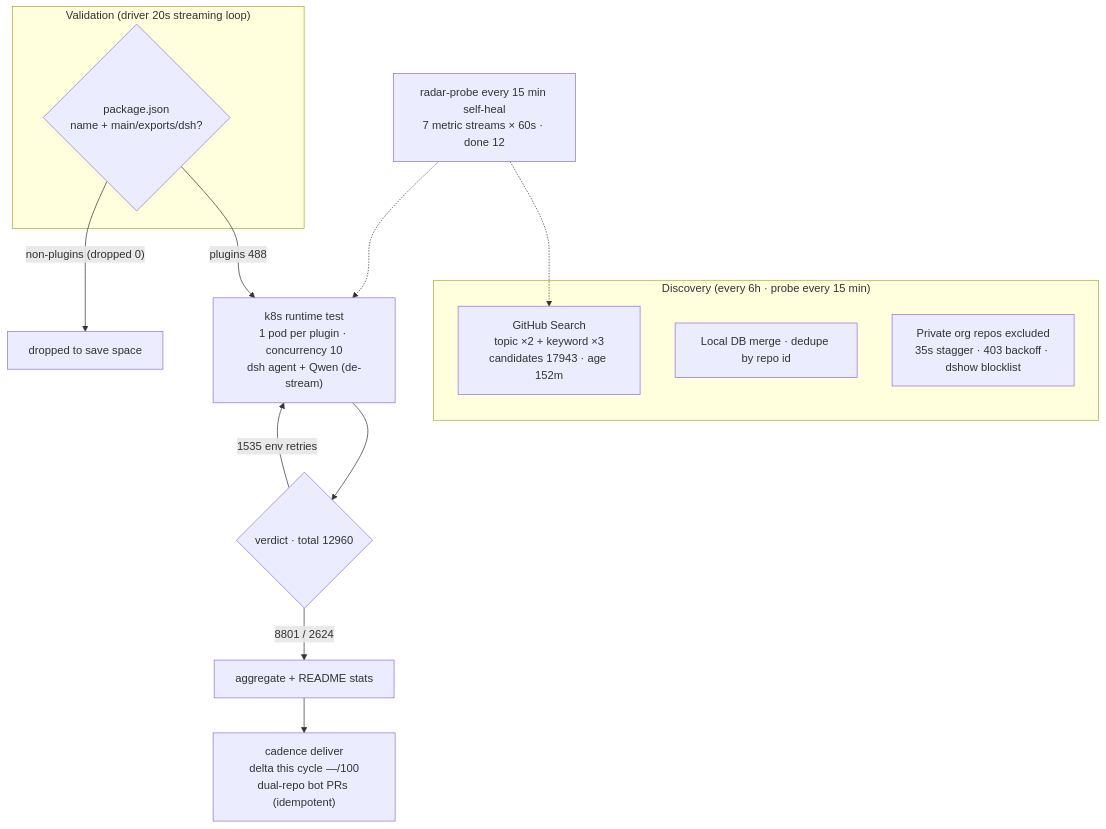
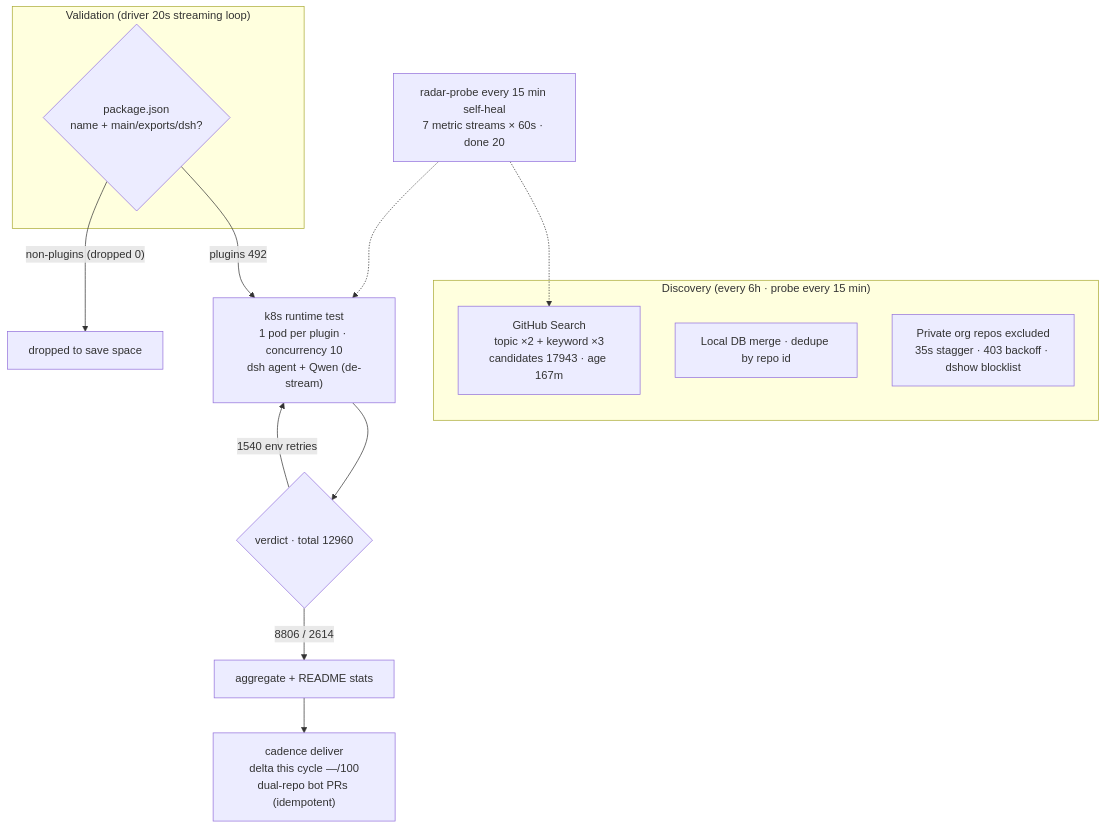
Before and after one commit to AdamPlatin123/awesome-dsh-plugins: the diagram in README.en-US.md, drawn with Mermaid. The commit also changed other lines of this file and 5 other files, not shown here.

````diff
--- a/README.en-US.md
+++ b/README.en-US.md
@@ -45,20 +45,20 @@
 ```mermaid
 flowchart TB
     subgraph Discovery["Discovery (every 6h · probe every 15 min)"]
-        A1["GitHub Search<br/>topic ×2 + keyword ×3<br/>candidates 17943 · age 152m"]
+        A1["GitHub Search<br/>topic ×2 + keyword ×3<br/>candidates 17943 · age 167m"]
         A2["Local DB merge · dedupe by repo id"]
         A3["Private org repos excluded<br/>35s stagger · 403 backoff · dshow blocklist"]
     end
     subgraph Validation["Validation (driver 20s streaming loop)"]
         B1{"package.json<br/>name + main/exports/dsh?"}
     end
-    B1 -->|"plugins 488"| C1["k8s runtime test<br/>1 pod per plugin · concurrency 10<br/>dsh agent + Qwen (de-stream)"]
+    B1 -->|"plugins 492"| C1["k8s runtime test<br/>1 pod per plugin · concurrency 10<br/>dsh agent + Qwen (de-stream)"]
     B1 -->|"non-plugins (dropped 0)"| B3["dropped to save space"]
     C1 --> D1{"verdict · total 12960"}
-    D1 -->|"8801 / 2624"| E1["aggregate + README stats"]
-    D1 -->|"1535 env retries"| C1
+    D1 -->|"8806 / 2614"| E1["aggregate + README stats"]
+    D1 -->|"1540 env retries"| C1
     E1 --> E2["cadence deliver<br/>delta this cycle —/100<br/>dual-repo bot PRs (idempotent)"]
-    M["radar-probe every 15 min self-heal<br/>7 metric streams × 60s · done 12"]
+    M["radar-probe every 15 min self-heal<br/>7 metric streams × 60s · done 20"]
     M -.-> A1
     M -.-> C1
 ```
````
